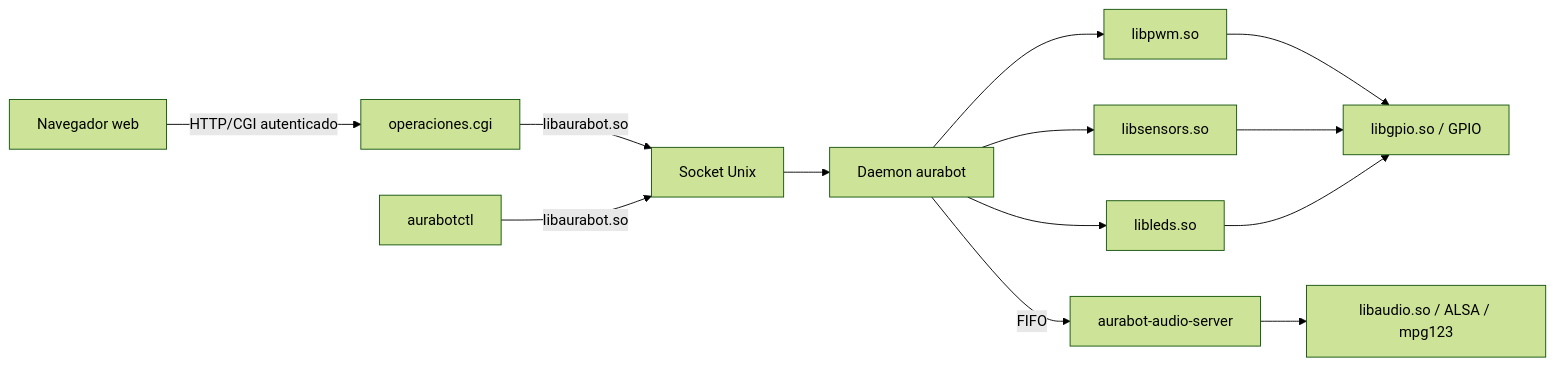
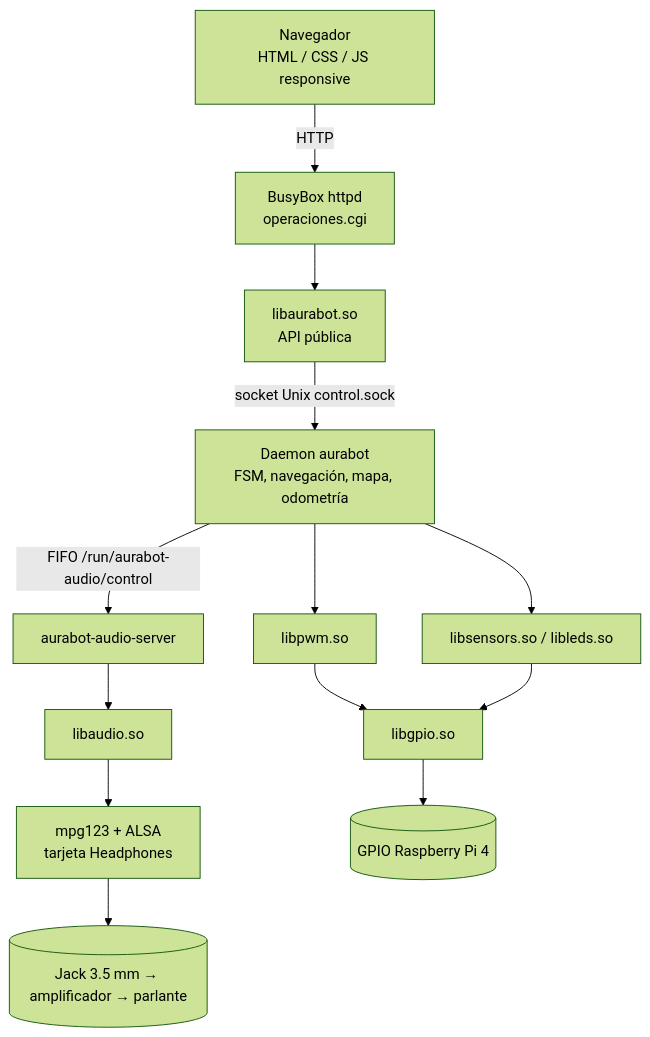
Before and after one commit to ProyectosCE/CE1113_P1: the first of 3 diagrams in README.md, drawn with Mermaid (forest theme). The commit also changed other lines of this file and 3 other files, not shown here.

````diff
--- a/README.md
+++ b/README.md
@@ -19,15 +62,15 @@
 ```mermaid
-flowchart LR
-    WEB[Navegador web] -->|HTTP/CGI autenticado| CGI[operaciones.cgi]
-    CGI -->|libaurabot.so| IPC[Socket Unix]
-    CTL[aurabotctl] -->|libaurabot.so| IPC
-    IPC --> CORE[Daemon aurabot]
-    CORE --> PWM[libpwm.so]
-    CORE --> SENS[libsensors.so]
-    CORE --> LED[libleds.so]
-    CORE -->|FIFO| AUDS[aurabot-audio-server]
-    AUDS --> AUD[libaudio.so / ALSA / mpg123]
-    PWM --> GPIO[libgpio.so / GPIO]
-    SENS --> GPIO
-    LED --> GPIO
+flowchart TD
+    B[Navegador<br/>HTML / CSS / JS responsive] -->|HTTP| H[BusyBox httpd<br/>operaciones.cgi]
+    H --> L[libaurabot.so<br/>API pública]
+    L -->|socket Unix control.sock| D[Daemon aurabot<br/>FSM, navegación, mapa, odometría]
+    D --> P[libpwm.so]
+    P --> G[libgpio.so]
+    D --> S[libsensors.so / libleds.so]
+    S --> G
+    D -->|FIFO /run/aurabot-audio/control| A[aurabot-audio-server]
+    A --> LA[libaudio.so]
+    LA --> M[mpg123 + ALSA<br/>tarjeta Headphones]
+    G --> HW[(GPIO Raspberry Pi 4)]
+    M --> SP[(Jack 3.5 mm → amplificador → parlante)]
 ```
````
